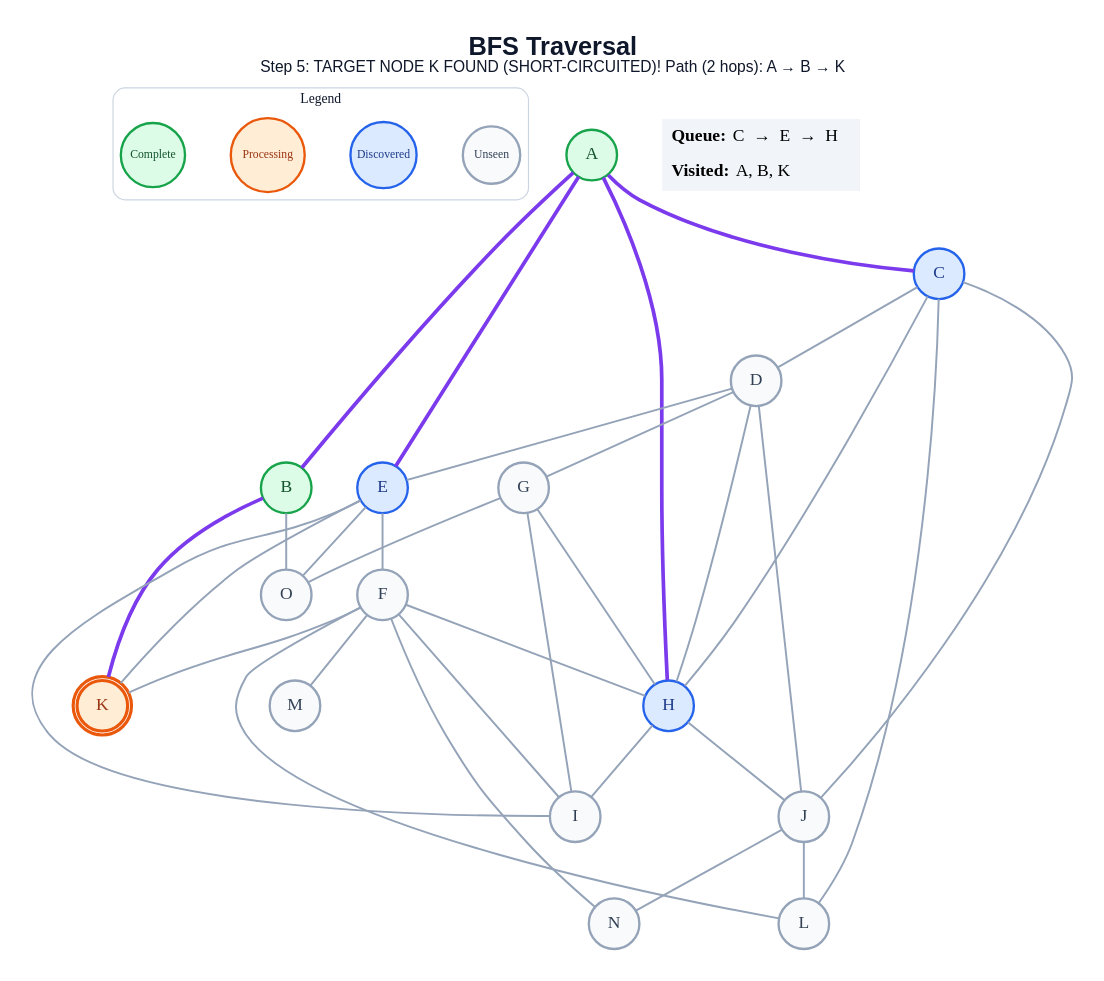
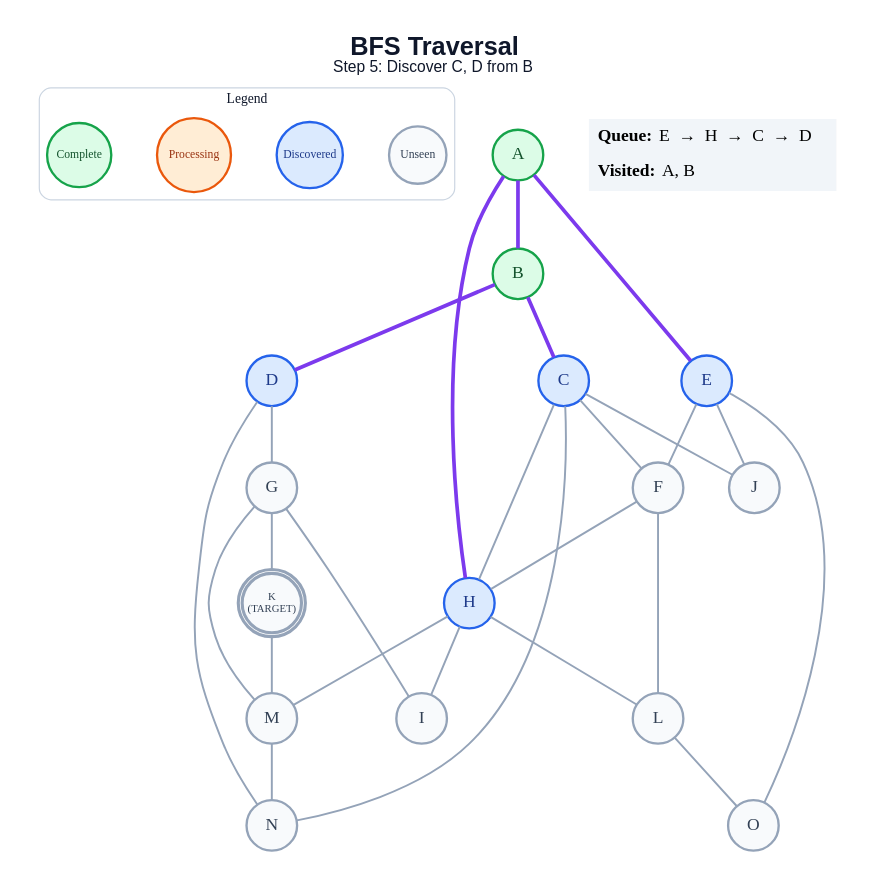
One commit to anon7238593-create/ai-slop changed the diagram in generated/short-circuit/bfs/step_05.dot. Above: the diagram before and after it, drawn with Graphviz. The commit also changed 331 other files, not shown here.

```diff
--- a/generated/short-circuit/bfs/step_05.dot
+++ b/generated/short-circuit/bfs/step_05.dot
@@ -1,65 +1,59 @@
 graph traversal {
   graph [layout=dot, rankdir=TB, bgcolor="#FFFFFF", pad="0.35", nodesep="0.65", ranksep="0.8", fontname="Arial"];
   node [shape=circle, style="filled", fontname="Arial Bold", fontsize=18, width=0.72, fixedsize=true, penwidth=2.4];
   edge [color="#94A3B8", penwidth=2.0];
-  label=<<B>BFS Traversal</B><BR/><FONT POINT-SIZE="16">Step 5: TARGET NODE K FOUND (SHORT-CIRCUITED)! Path (2 hops): A → B → K</FONT>>; labelloc="t"; fontsize=26; fontname="Arial"; fontcolor="#0F172A";
+  label=<<B>BFS Traversal</B><BR/><FONT POINT-SIZE="16">Step 5: Discover C, D from B</FONT>>; labelloc="t"; fontsize=26; fontname="Arial"; fontcolor="#0F172A";
   subgraph cluster_legend { label="Legend"; color="#CBD5E1"; penwidth=1.2; style="rounded"; fontsize=14; fontname="Arial Bold";
     key_unseen [label="Unseen", fillcolor="#F8FAFC", color="#94A3B8", fontcolor="#334155", fontsize=12, width=0.82];
     key_frontier [label="Discovered", fillcolor="#DBEAFE", color="#2563EB", fontcolor="#1E3A8A", fontsize=12, width=0.95];
     key_current [label="Processing", fillcolor="#FFEDD5", color="#EA580C", fontcolor="#9A3412", fontsize=12, width=1.05];
     key_done [label="Complete", fillcolor="#DCFCE7", color="#16A34A", fontcolor="#14532D", fontsize=12, width=0.92];
     { rank=same; key_unseen; key_frontier; key_current; key_done; }
   }
   A [label="A", fillcolor="#DCFCE7", color="#16A34A", fontcolor="#14532D", peripheries=1, penwidth=2.4];
   B [label="B", fillcolor="#DCFCE7", color="#16A34A", fontcolor="#14532D", peripheries=1, penwidth=2.4];
   C [label="C", fillcolor="#DBEAFE", color="#2563EB", fontcolor="#1E3A8A", peripheries=1, penwidth=2.4];
-  D [label="D", fillcolor="#F8FAFC", color="#94A3B8", fontcolor="#334155", peripheries=1, penwidth=2.4];
+  D [label="D", fillcolor="#DBEAFE", color="#2563EB", fontcolor="#1E3A8A", peripheries=1, penwidth=2.4];
   E [label="E", fillcolor="#DBEAFE", color="#2563EB", fontcolor="#1E3A8A", peripheries=1, penwidth=2.4];
   F [label="F", fillcolor="#F8FAFC", color="#94A3B8", fontcolor="#334155", peripheries=1, penwidth=2.4];
   G [label="G", fillcolor="#F8FAFC", color="#94A3B8", fontcolor="#334155", peripheries=1, penwidth=2.4];
   H [label="H", fillcolor="#DBEAFE", color="#2563EB", fontcolor="#1E3A8A", peripheries=1, penwidth=2.4];
   I [label="I", fillcolor="#F8FAFC", color="#94A3B8", fontcolor="#334155", peripheries=1, penwidth=2.4];
   J [label="J", fillcolor="#F8FAFC", color="#94A3B8", fontcolor="#334155", peripheries=1, penwidth=2.4];
-  K [label="K", fillcolor="#FFEDD5", color="#EA580C", fontcolor="#9A3412", peripheries=2, penwidth=3.2];
+  K [label="K\n(TARGET)", fillcolor="#F8FAFC", color="#94A3B8", fontcolor="#334155", peripheries=2, penwidth=3.2, fontsize=11, width=0.85, height=0.85];
   L [label="L", fillcolor="#F8FAFC", color="#94A3B8", fontcolor="#334155", peripheries=1, penwidth=2.4];
   M [label="M", fillcolor="#F8FAFC", color="#94A3B8", fontcolor="#334155", peripheries=1, penwidth=2.4];
   N [label="N", fillcolor="#F8FAFC", color="#94A3B8", fontcolor="#334155", peripheries=1, penwidth=2.4];
   O [label="O", fillcolor="#F8FAFC", color="#94A3B8", fontcolor="#334155", peripheries=1, penwidth=2.4];
   A -- B [color="#7C3AED", penwidth=3.8];
-  A -- C [color="#7C3AED", penwidth=3.8];
   A -- E [color="#7C3AED", penwidth=3.8];
   A -- H [color="#7C3AED", penwidth=3.8];
-  B -- K [color="#7C3AED", penwidth=3.8];
-  B -- O;
-  C -- D;
+  B -- C [color="#7C3AED", penwidth=3.8];
+  B -- D [color="#7C3AED", penwidth=3.8];
+  C -- F;
   C -- H;
   C -- J;
-  C -- L;
-  D -- E;
+  C -- N;
   D -- G;
-  D -- H;
-  D -- J;
+  D -- N;
   E -- F;
-  E -- I;
-  E -- K;
+  E -- J;
   E -- O;
   F -- H;
-  F -- I;
-  F -- K;
   F -- L;
-  F -- M;
-  F -- N;
-  G -- H;
   G -- I;
-  G -- O;
+  G -- K;
+  G -- M;
   H -- I;
-  H -- J;
-  J -- L;
-  J -- N;
+  H -- L;
+  H -- M;
+  K -- M;
+  L -- O;
+  M -- N;
   status [shape=plain, fixedsize=false, width=0, height=0, margin=0, label=<
     <TABLE BORDER="0" CELLBORDER="0" CELLPADDING="7" BGCOLOR="#F1F5F9">
-      <TR><TD ALIGN="LEFT"><B>Queue:</B> C  →  E  →  H</TD></TR>
-      <TR><TD ALIGN="LEFT"><B>Visited:</B> A, B, K</TD></TR>
+      <TR><TD ALIGN="LEFT"><B>Queue:</B> E  →  H  →  C  →  D</TD></TR>
+      <TR><TD ALIGN="LEFT"><B>Visited:</B> A, B</TD></TR>
     </TABLE>
   >];
 }
```
